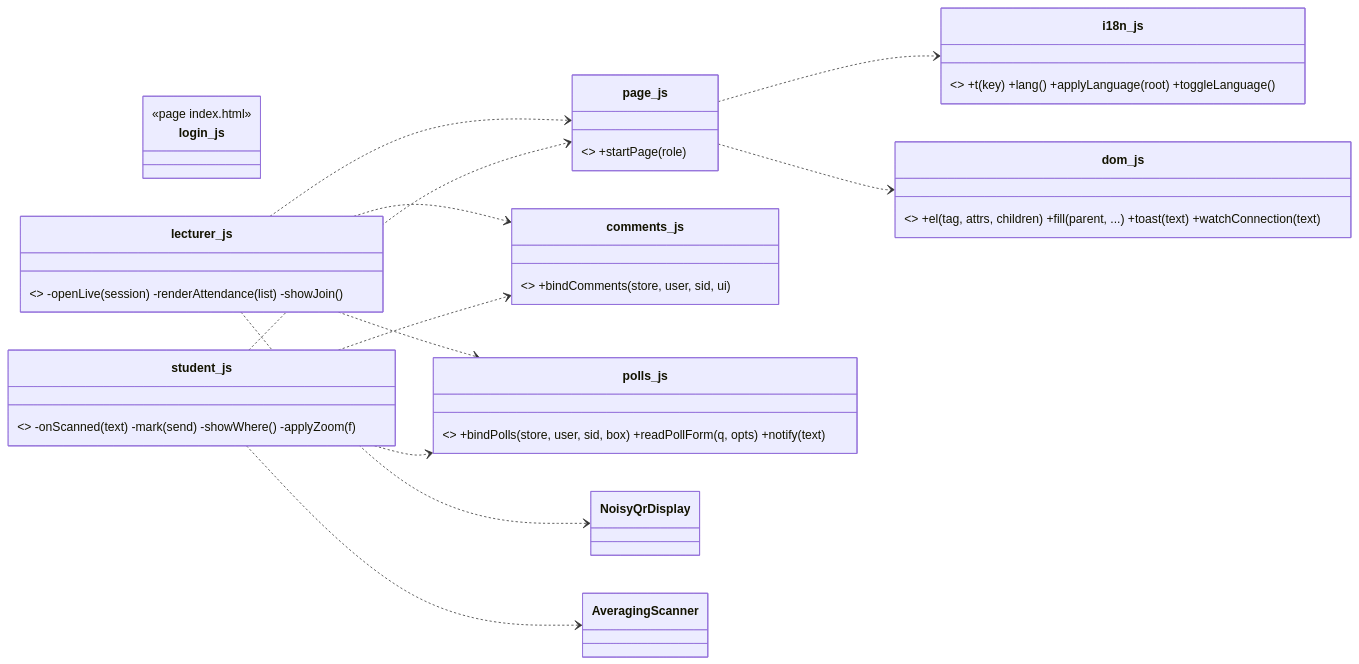
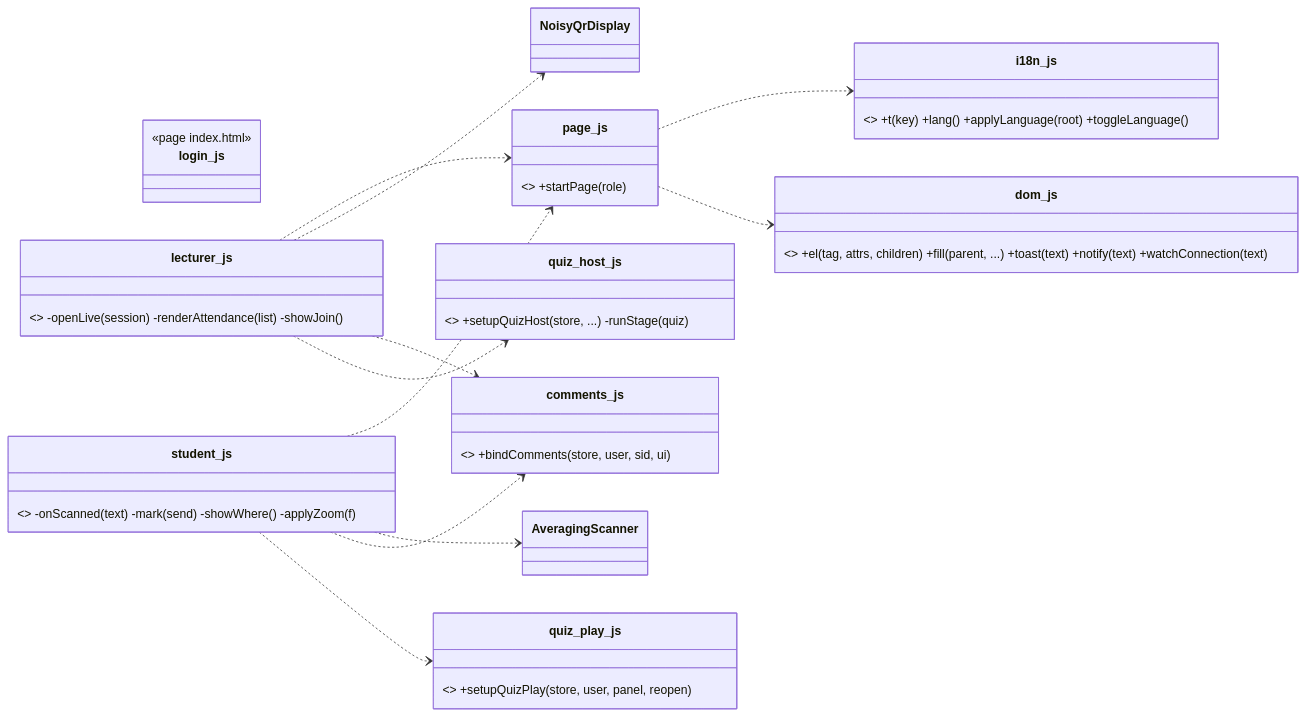
The fourth of 5 diagrams in docs/06_CLASS_DIAGRAMS.md (minion-dog/I2CS_Ex2-smart-class-demo), drawn with Mermaid before and after one commit. The commit also changed other lines of this file and 38 other files, not shown here.

````diff
--- a/docs/06_CLASS_DIAGRAMS.md
+++ b/docs/06_CLASS_DIAGRAMS.md
@@ -316,22 +316,23 @@
 ```mermaid
 classDiagram
     direction LR
     class page_js { <<module page.js>> +startPage(role) }
     class login_js { <<page index.html>> }
     class lecturer_js { <<page lecturer.html>> -openLive(session) -renderAttendance(list) -showJoin() }
     class student_js { <<page student.html>> -onScanned(text) -mark(send) -showWhere() -applyZoom(f) }
     class comments_js { <<module comments.js>> +bindComments(store, user, sid, ui) }
-    class polls_js { <<module polls.js>> +bindPolls(store, user, sid, box) +readPollForm(q, opts) +notify(text) }
+    class quiz_host_js { <<module quiz-host.js>> +setupQuizHost(store, ...) -runStage(quiz) }
+    class quiz_play_js { <<module quiz-play.js>> +setupQuizPlay(store, user, panel, reopen) }
     class i18n_js { <<module i18n.js>> +t(key) +lang() +applyLanguage(root) +toggleLanguage() }
-    class dom_js { <<module dom.js>> +el(tag, attrs, children) +fill(parent, ...) +toast(text) +watchConnection(text) }
+    class dom_js { <<module dom.js>> +el(tag, attrs, children) +fill(parent, ...) +toast(text) +notify(text) +watchConnection(text) }
     lecturer_js ..> page_js
     student_js ..> page_js
     lecturer_js ..> NoisyQrDisplay
     student_js ..> AveragingScanner
     lecturer_js ..> comments_js
     student_js ..> comments_js
-    lecturer_js ..> polls_js
-    student_js ..> polls_js
+    lecturer_js ..> quiz_host_js
+    student_js ..> quiz_play_js
     page_js ..> i18n_js
     page_js ..> dom_js
 ```
````
